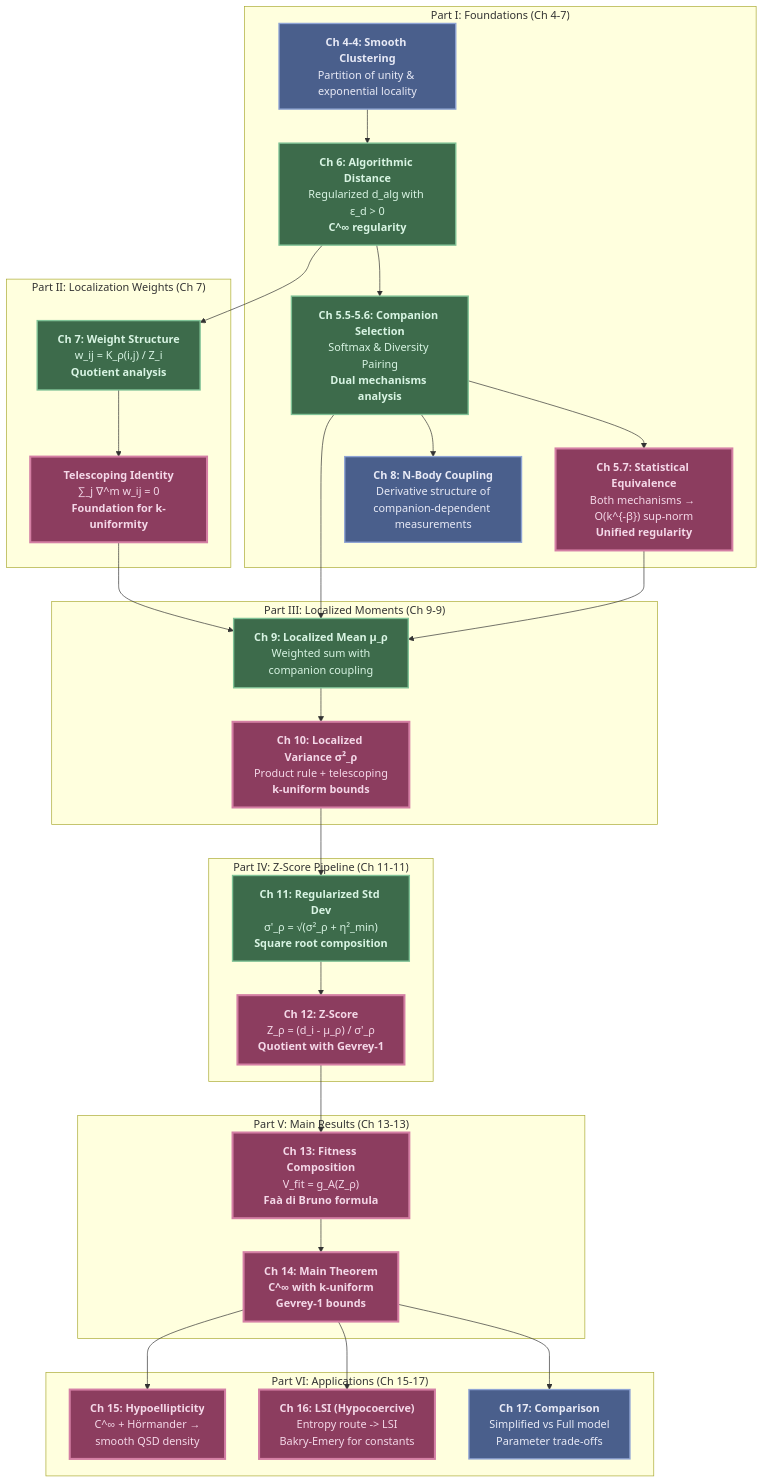
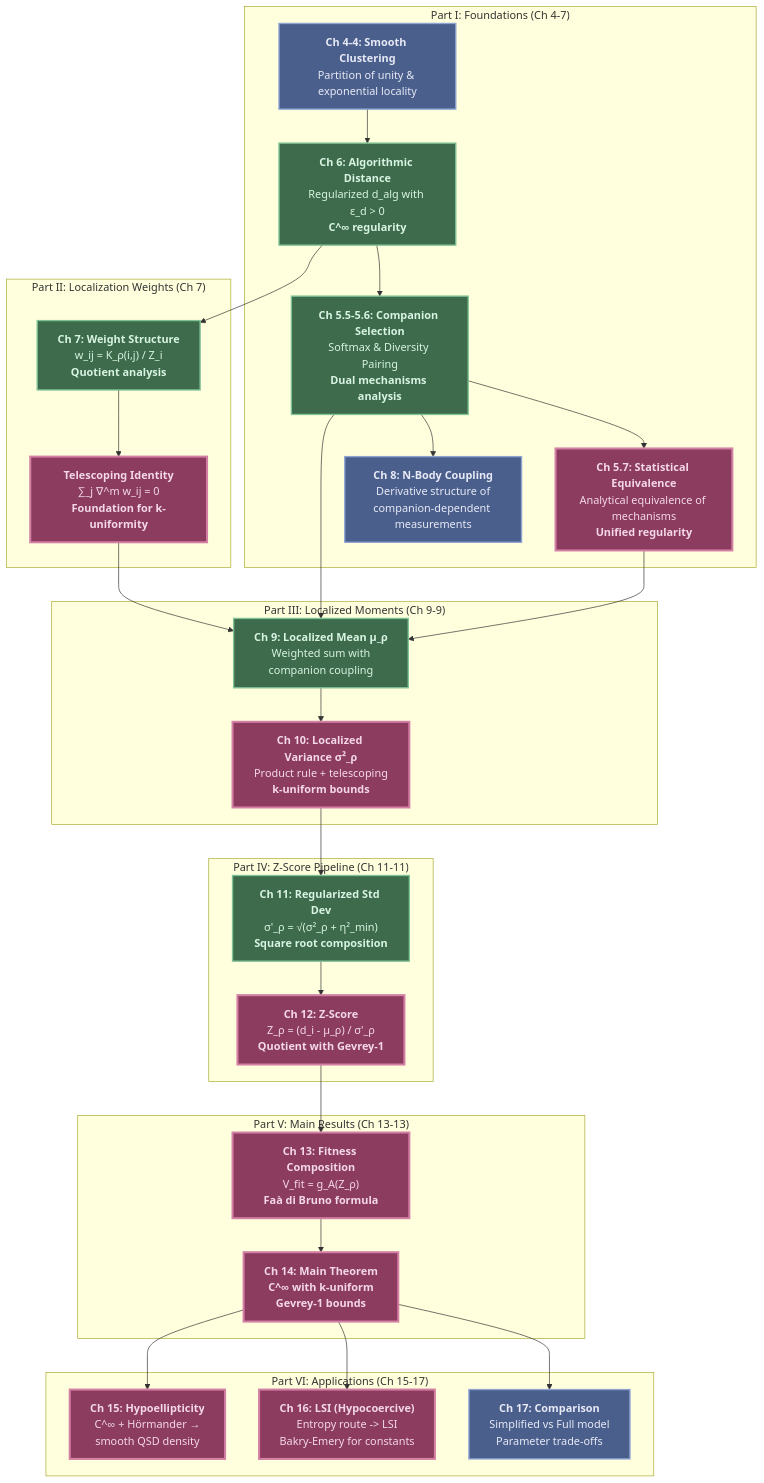
One commit to FragileTech/fragile changed the diagram in docs/source/3_fractal_gas/appendices/14_b_geometric_gas_cinf_regularity_full.md. Above: the diagram before and after it, drawn with Mermaid. The commit also changed other lines of this file and 23 other files, not shown here.

````diff
--- a/docs/source/3_fractal_gas/appendices/14_b_geometric_gas_cinf_regularity_full.md
+++ b/docs/source/3_fractal_gas/appendices/14_b_geometric_gas_cinf_regularity_full.md
@@ -237,59 +236,59 @@
 ```{mermaid}
 graph TD
     subgraph "Part I: Foundations (Ch 4-7)"
         A["<b>Ch 4-4: Smooth Clustering</b><br>Partition of unity & <br>exponential locality"]:::stateStyle
         B["<b>Ch 6: Algorithmic Distance</b><br>Regularized d_alg with ε_d > 0<br><b>C^∞ regularity</b>"]:::lemmaStyle
         C["<b>Ch 5.5-5.6: Companion Selection</b><br>Softmax & Diversity Pairing<br><b>Dual mechanisms analysis</b>"]:::lemmaStyle
-        D["<b>Ch 5.7: Statistical Equivalence</b><br>Both mechanisms → O(k^{-β}) sup-norm<br><b>Unified regularity</b>"]:::theoremStyle
+        D["<b>Ch 5.7: Statistical Equivalence</b><br>Analytical equivalence of mechanisms<br><b>Unified regularity</b>"]:::theoremStyle
         E["<b>Ch 8: N-Body Coupling</b><br>Derivative structure of<br>companion-dependent measurements"]:::stateStyle
         A --> B
         B --> C
         C --> D
         C --> E
     end
 
     subgraph "Part II: Localization Weights (Ch 7)"
         F["<b>Ch 7: Weight Structure</b><br>w_ij = K_ρ(i,j) / Z_i<br><b>Quotient analysis</b>"]:::lemmaStyle
         G["<b>Telescoping Identity</b><br>∑_j ∇^m w_ij = 0<br><b>Foundation for k-uniformity</b>"]:::theoremStyle
         F --> G
     end
 
     subgraph "Part III: Localized Moments (Ch 9-9)"
         H["<b>Ch 9: Localized Mean μ_ρ</b><br>Weighted sum with<br>companion coupling"]:::lemmaStyle
         I["<b>Ch 10: Localized Variance σ²_ρ</b><br>Product rule + telescoping<br><b>k-uniform bounds</b>"]:::theoremStyle
         G --> H
         H --> I
     end
 
     subgraph "Part IV: Z-Score Pipeline (Ch 11-11)"
         J["<b>Ch 11: Regularized Std Dev</b><br>σ'_ρ = √(σ²_ρ + η²_min)<br><b>Square root composition</b>"]:::lemmaStyle
         K["<b>Ch 12: Z-Score</b><br>Z_ρ = (d_i - μ_ρ) / σ'_ρ<br><b>Quotient with Gevrey-1</b>"]:::theoremStyle
         I --> J
         J --> K
     end
 
     subgraph "Part V: Main Results (Ch 13-13)"
         L["<b>Ch 13: Fitness Composition</b><br>V_fit = g_A(Z_ρ)<br><b>Faà di Bruno formula</b>"]:::theoremStyle
         M["<b>Ch 14: Main Theorem</b><br><b>C^∞ with k-uniform</b><br><b>Gevrey-1 bounds</b>"]:::theoremStyle
         K --> L
         L --> M
     end
 
     subgraph "Part VI: Applications (Ch 15-17)"
         N["<b>Ch 15: Hypoellipticity</b><br>C^∞ + Hörmander → <br>smooth QSD density"]:::theoremStyle
         O["<b>Ch 16: LSI (Hypocoercive)</b><br>Entropy route -> LSI<br>Bakry-Emery for constants"]:::theoremStyle
         P["<b>Ch 17: Comparison</b><br>Simplified vs Full model<br>Parameter trade-offs"]:::stateStyle
         M --> N
         M --> O
         M --> P
     end
 
     B --> F
     C --> H
     D --> H
 
     classDef stateStyle fill:#4a5f8c,stroke:#8fa4d4,stroke-width:2px,color:#e8eaf6
     classDef axiomStyle fill:#8c6239,stroke:#d4a574,stroke-width:2px,stroke-dasharray: 5 5,color:#f4e8d8
     classDef lemmaStyle fill:#3d6b4b,stroke:#7fc296,stroke-width:2px,color:#d8f4e3
     classDef theoremStyle fill:#8c3d5f,stroke:#d47fa4,stroke-width:3px,color:#f4d8e8
 ```
````
